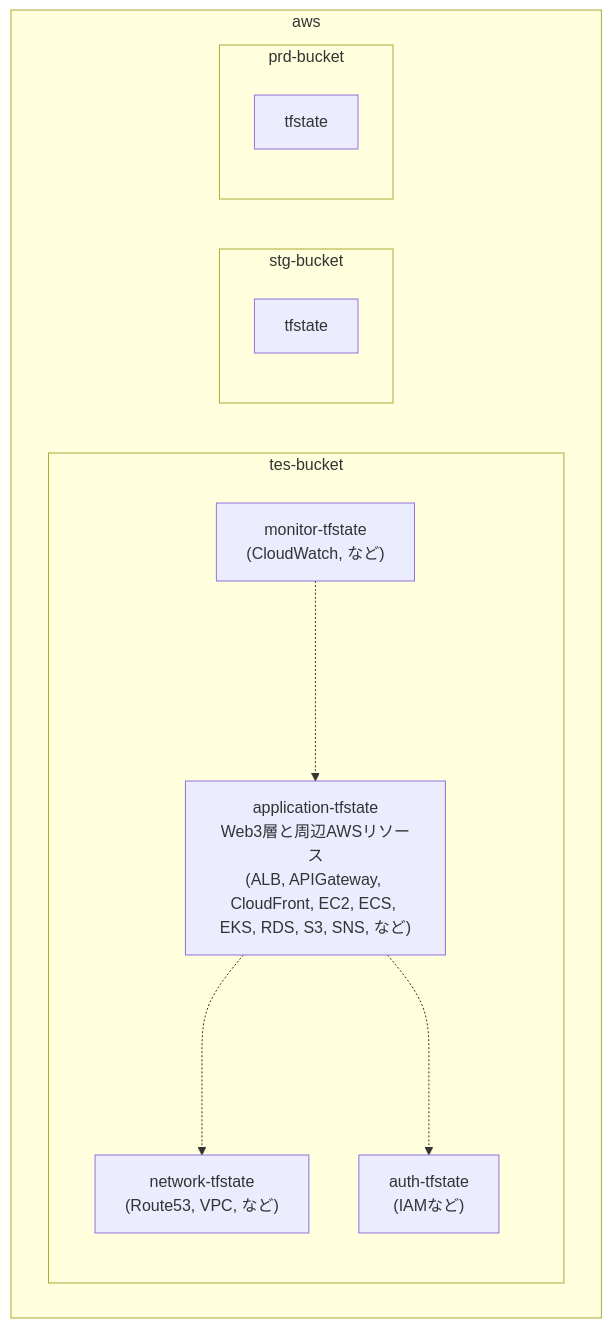
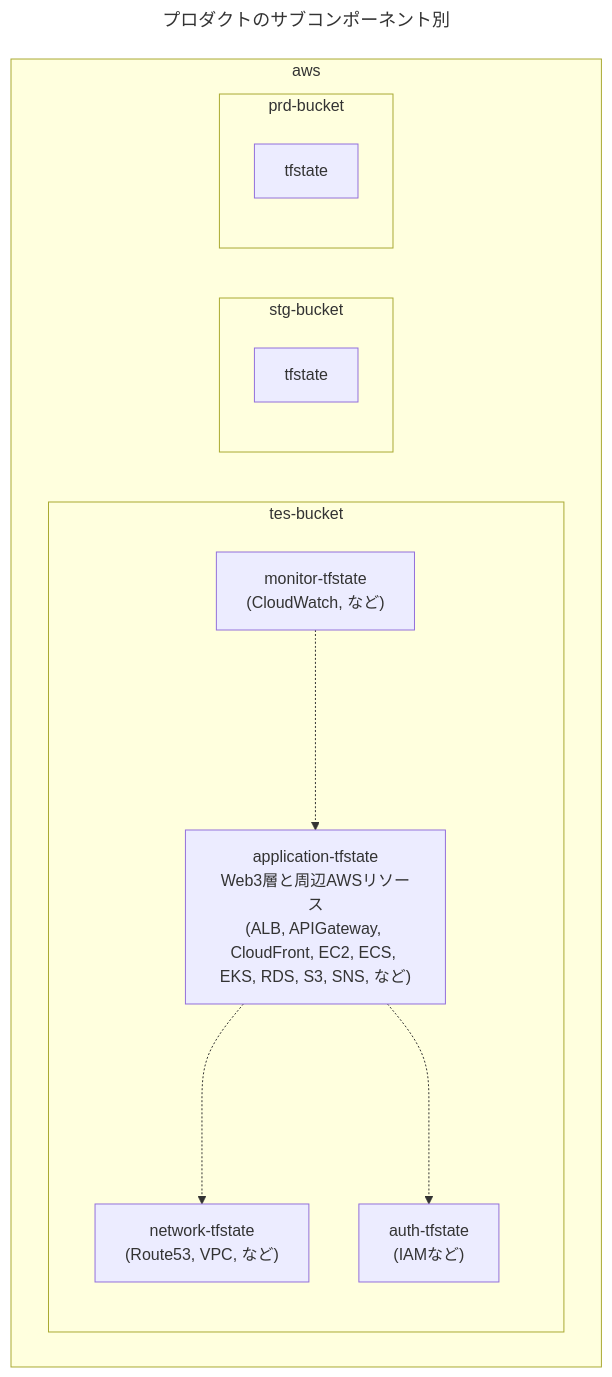
One commit to hiroki-it/hatenablog changed the ninth of 12 diagrams in dist/draft/Terraformのtfstateファイルの分割手法.md. Above: the diagram before and after it, drawn with Mermaid. The commit also changed other lines of this file, not shown here.

````diff
--- a/dist/draft/Terraformのtfstateファイルの分割手法.md
+++ b/dist/draft/Terraformのtfstateファイルの分割手法.md
@@ -1405,21 +1414,24 @@
 ```mermaid
+---
+title: プロダクトのサブコンポーネント別
+---
 %%{init:{'theme':'natural'}}%%
 flowchart TB
     subgraph aws
     subgraph tes-bucket
         Application["application-tfstate<br>Web3層と周辺AWSリソース<br>(ALB, APIGateway, CloudFront, EC2, ECS, EKS, RDS, S3, SNS, など)<br>"]
         Auth["auth-tfstate<br>(IAMなど)"]
         Monitor["monitor-tfstate<br>(CloudWatch, など)"]
         Network["network-tfstate<br>(Route53, VPC, など)"]
         Application-..->Network
         Application-..->Auth
         Monitor-..->Application
     end
     subgraph stg-bucket
         Stg[tfstate]
     end
     subgraph prd-bucket
         Prd[tfstate]
     end
     end
 ```
````
